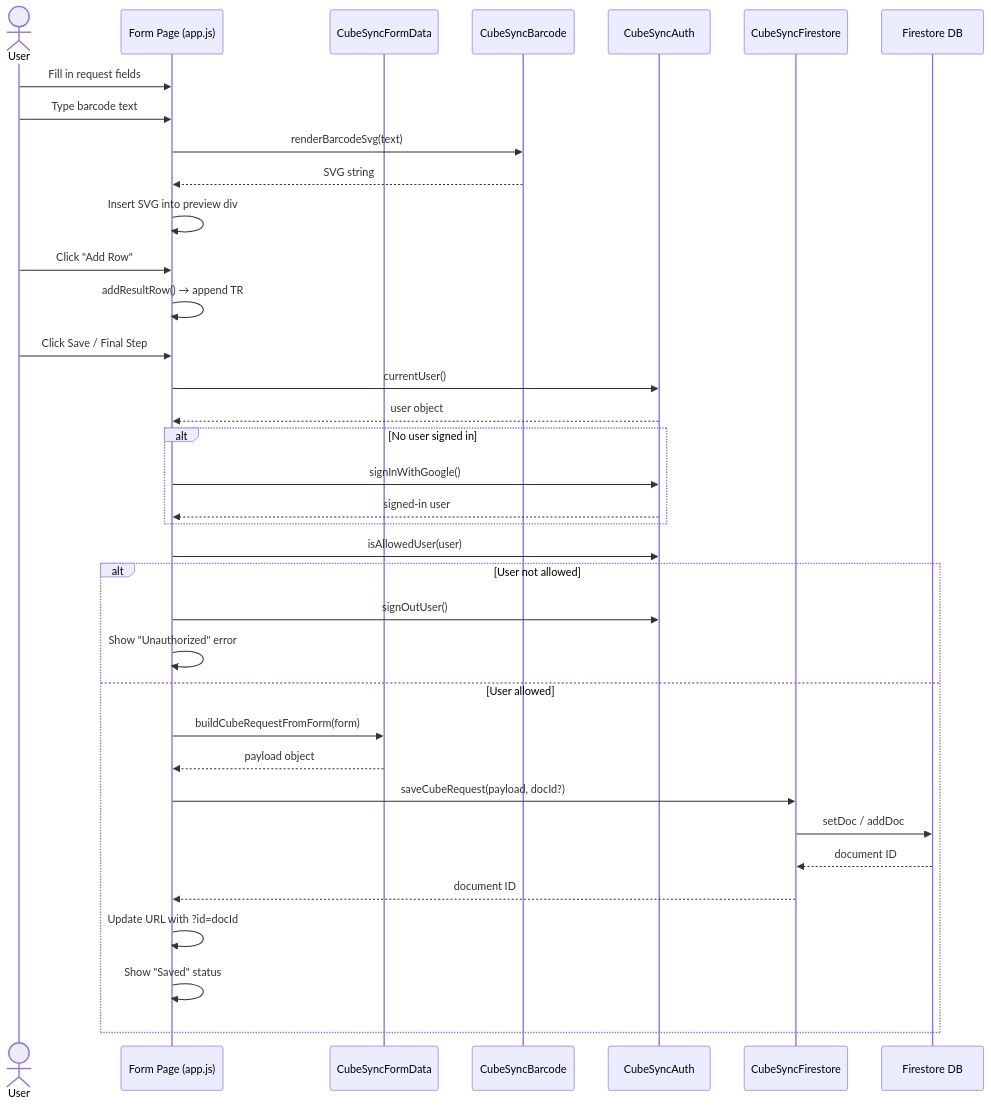
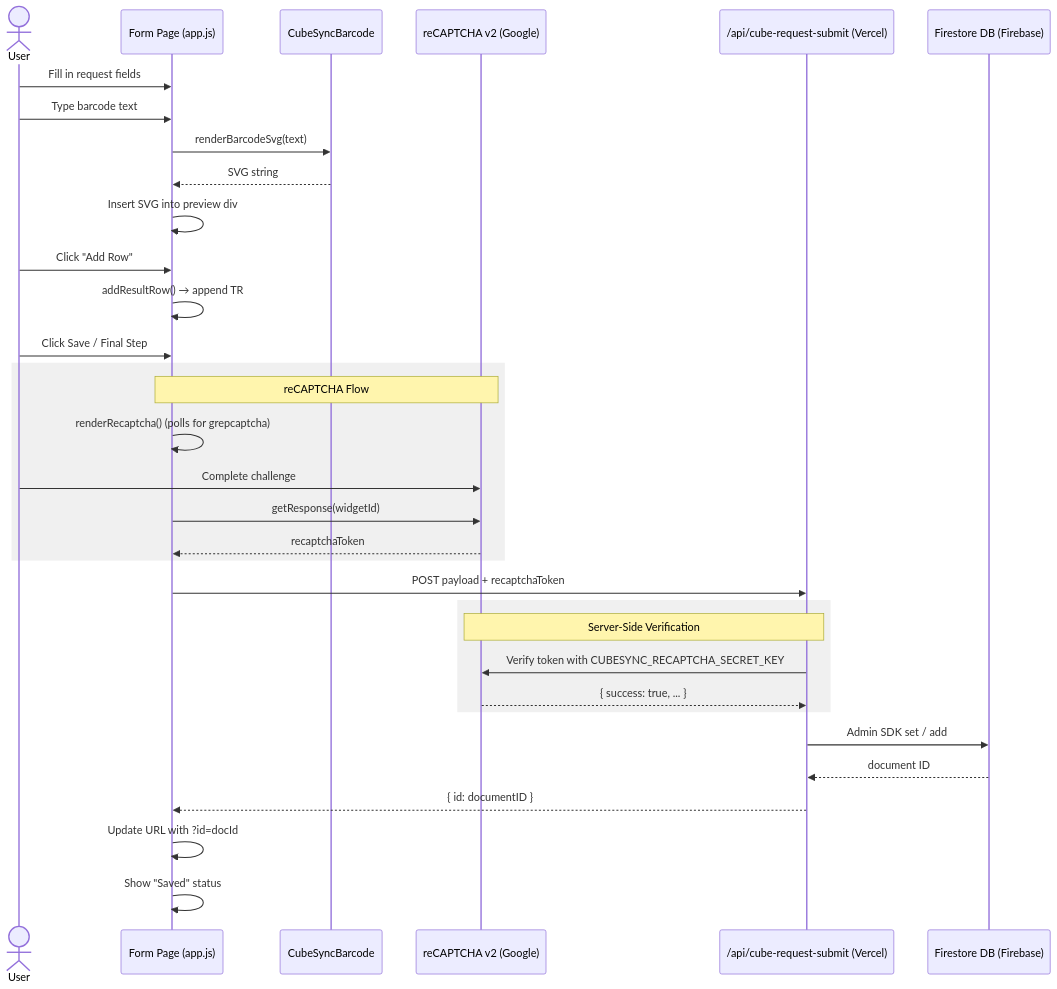
Before and after one commit to Yanguangchen/CubeSync: the third of 11 diagrams in architecture.md, drawn with Mermaid. The commit also changed other lines of this file and 49 other files, not shown here.

````diff
--- a/architecture.md
+++ b/architecture.md
@@ -197,44 +196,43 @@
 ```mermaid
 sequenceDiagram
     actor User
     participant Form as Form Page (app.js)
-    participant FD as CubeSyncFormData
     participant BC as CubeSyncBarcode
-    participant Auth as CubeSyncAuth
-    participant FS as CubeSyncFirestore
-    participant DB as Firestore DB
+    participant RC as reCAPTCHA v2 (Google)
+    participant API as /api/cube-request-submit (Vercel)
+    participant DB as Firestore DB (Firebase)
 
     User->>Form: Fill in request fields
     User->>Form: Type barcode text
     Form->>BC: renderBarcodeSvg(text)
     BC-->>Form: SVG string
     Form->>Form: Insert SVG into preview div
 
     User->>Form: Click "Add Row"
     Form->>Form: addResultRow() → append TR
 
     User->>Form: Click Save / Final Step
-    Form->>Auth: currentUser()
-    Auth-->>Form: user object
-
-    alt No user signed in
-        Form->>Auth: signInWithGoogle()
-        Auth-->>Form: signed-in user
+    
+    rect rgb(240, 240, 240)
+        Note over Form, RC: reCAPTCHA Flow
+        Form->>Form: renderRecaptcha() (polls for grepcaptcha)
+        User->>RC: Complete challenge
+        Form->>RC: getResponse(widgetId)
+        RC-->>Form: recaptchaToken
     end
 
-    Form->>Auth: isAllowedUser(user)
+    Form->>API: POST payload + recaptchaToken
+    
+    rect rgb(240, 240, 240)
+        Note over API, RC: Server-Side Verification
+        API->>RC: Verify token with CUBESYNC_RECAPTCHA_SECRET_KEY
+        RC-->>API: { success: true, ... }
+    end
 
-    alt User not allowed
-        Form->>Auth: signOutUser()
-        Form->>Form: Show "Unauthorized" error
-    else User allowed
-        Form->>FD: buildCubeRequestFromForm(form)
-        FD-->>Form: payload object
-        Form->>FS: saveCubeRequest(payload, docId?)
-        FS->>DB: setDoc / addDoc
-        DB-->>FS: document ID
-        FS-->>Form: document ID
-        Form->>Form: Update URL with ?id=docId
-        Form->>Form: Show "Saved" status
-    end
+    API->>DB: Admin SDK set / add
+    DB-->>API: document ID
+    API-->>Form: { id: documentID }
+    
+    Form->>Form: Update URL with ?id=docId
+    Form->>Form: Show "Saved" status
 ```
````
